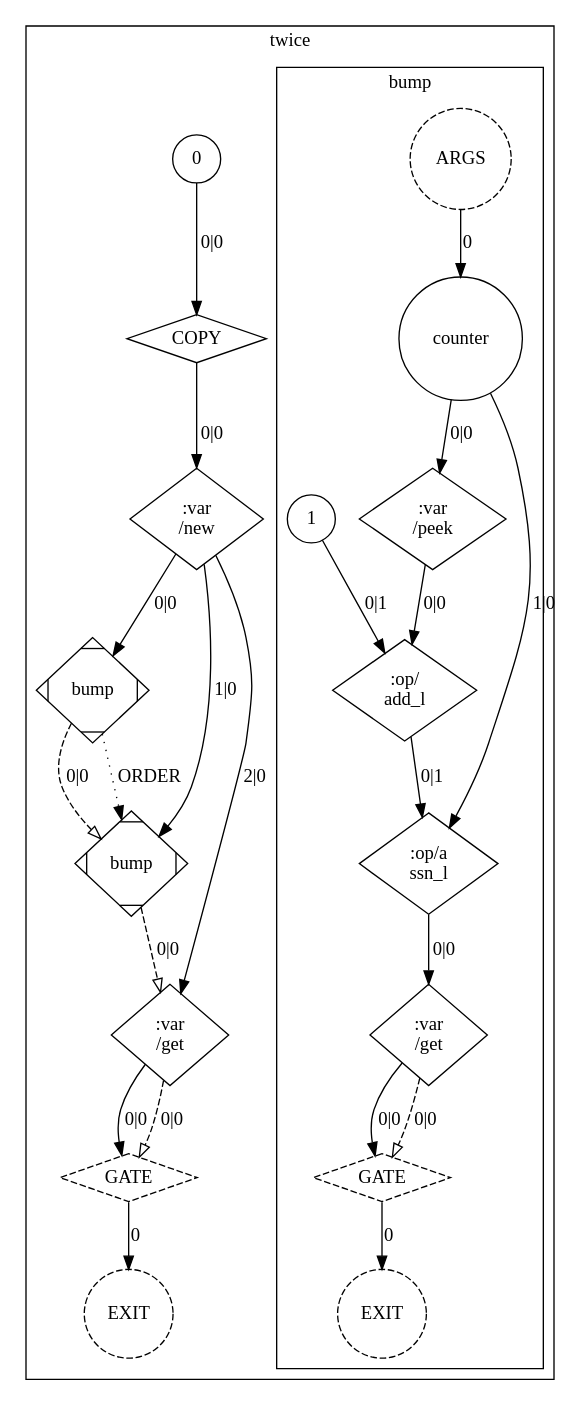
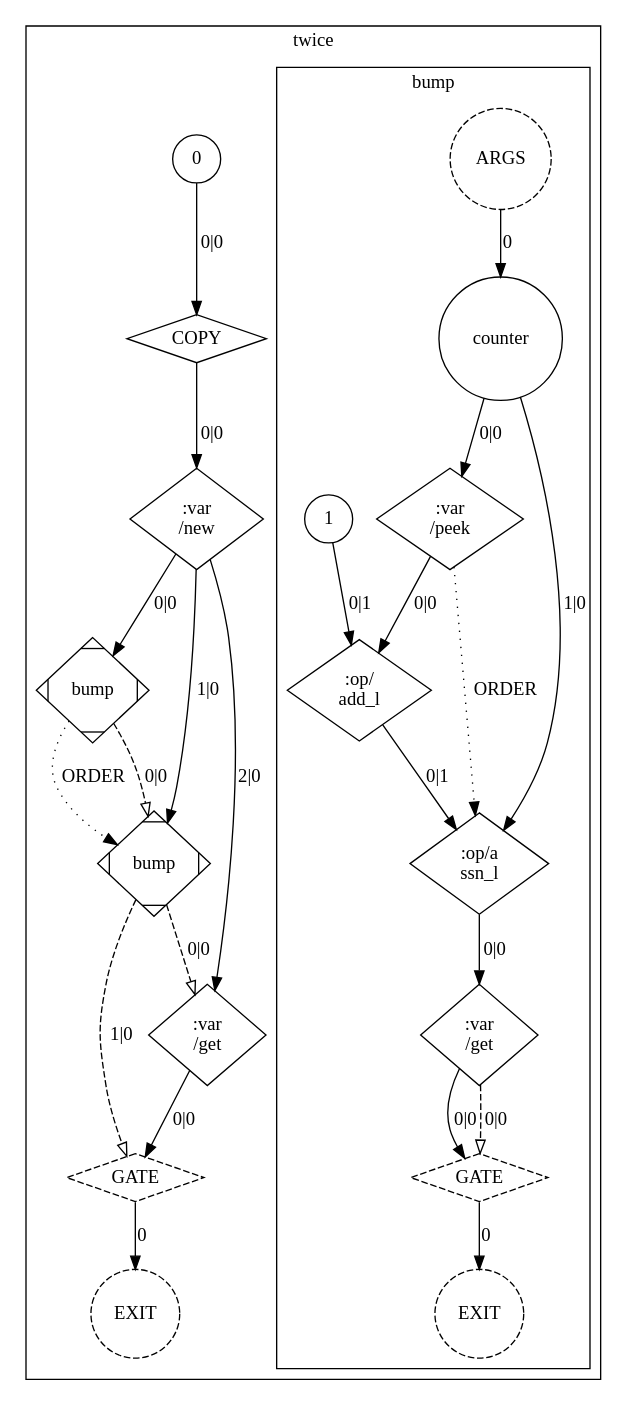
The diagram in docs/tutorial/images/10_var_order.dot (OpenCML/Camel), drawn with Graphviz before and after one commit. The commit also changed 2 other files, not shown here.

Commit message:
tools(lanes): the lane script syncs what git tracks, with its .git; redraw the var-order picture
scripts/lanes/lane is the versioned copy of /usr/local/bin/lane in the camel-lanes container.
sync_in now also copies the files git tracks that .gitignore matches (the .cmo fixtures) and
the host's .git, so the container tests that ask git, or read those fixtures, run on the real
tree instead of failing as 'the container'. 10_var_order is redrawn: the read now carries an
order edge to the next write.

Claude-Session: https://claude.ai/code/session_01HPQpHqPqSJbP9yRrJbDvye

```diff
--- a/docs/tutorial/images/10_var_order.dot
+++ b/docs/tutorial/images/10_var_order.dot
@@ -1,48 +1,49 @@
 digraph GraphIR {
         subgraph cluster_F02 {
             label="twice";
             tooltip="() => int pure";
             subgraph cluster_F03 {
                 label="bump";
                 tooltip="(var counter: int) => int uses counter";
                 F03 [label="ARGS", type="ARGS", style=dashed, shape=circle];
                 O03 [label="EXIT", type="EXIT", style=dashed, shape=circle];
                 N00 [label="counter", type="PORT", param_name="counter", param_kind="normal", param_index="0", value_type="var int", shape=circle, style=solid, tooltip="counter"];
                 N01 [label="1", type="DATA", shape=circle, style=solid, value_type="int", tooltip="1"];
                 N02 [label=":var\n/peek", type="OPER", shape=diamond, style=solid, value_type="int", tooltip=":var/peek"];
                 N03 [label=":op/\nadd_l", type="OPER", shape=diamond, style=solid, value_type="int", tooltip=":op/add_l"];
                 N04 [label=":op/a\nssn_l", type="OPER", shape=diamond, style=solid, value_type="var int", tooltip=":op/assn_l"];
                 N05 [label=":var\n/get", type="OPER", shape=diamond, style=solid, value_type="int", tooltip=":var/get"];
                 N06 [label="GATE", type="GATE", shape=diamond, style=dashed, value_type="int", tooltip="GATE"];
                 F03 -> N00 [label="0", type="NORM_PORT", style=solid];
                 N06 -> O03 [label="0", type="EXIT", style=solid];
                 N00 -> N02 [label="0|0", type="NORM"];
                 N02 -> N03 [label="0|0", type="NORM"];
                 N01 -> N03 [label="0|1", type="NORM"];
                 N00 -> N04 [label="1|0", type="NORM"];
                 N03 -> N04 [label="0|1", type="NORM"];
+                N02 -> N04 [label="ORDER", type="ORDER", style=dotted];
                 N04 -> N05 [label="0|0", type="NORM"];
                 N05 -> N06 [label="0|0", type="NORM"];
                 N05 -> N06 [label="0|0", type="CTRL", style=dashed, arrowhead=empty];
             }
             O02 [label="EXIT", type="EXIT", style=dashed, shape=circle];
             N07 [label="0", type="DATA", shape=circle, style=solid, value_type="int", tooltip="0"];
             N08 [label="COPY", type="COPY", shape=diamond, style=solid, value_type="int", tooltip="COPY"];
             N09 [label=":var\n/new", type="OPER", shape=diamond, style=solid, value_type="var int", tooltip=":var/new"];
             N0A [label="bump", type="FUNC", shape=Mdiamond, style=solid, width=1.1, height=1.1, value_type="int", tooltip="bump"];
             N0B [label="bump", type="FUNC", shape=Mdiamond, style=solid, width=1.1, height=1.1, value_type="int", tooltip="bump"];
             N0C [label=":var\n/get", type="OPER", shape=diamond, style=solid, value_type="int", tooltip=":var/get"];
             N0D [label="GATE", type="GATE", shape=diamond, style=dashed, value_type="int", tooltip="GATE"];
             N0D -> O02 [label="0", type="EXIT", style=solid];
             N07 -> N08 [label="0|0", type="NORM"];
             N08 -> N09 [label="0|0", type="NORM"];
             N09 -> N0A [label="0|0", type="NORM"];
             N09 -> N0B [label="1|0", type="NORM"];
             N0A -> N0B [label="0|0", type="CTRL", style=dashed, arrowhead=empty];
             N0A -> N0B [label="ORDER", type="ORDER", style=dotted];
             N09 -> N0C [label="2|0", type="NORM"];
             N0B -> N0C [label="0|0", type="CTRL", style=dashed, arrowhead=empty];
             N0C -> N0D [label="0|0", type="NORM"];
-            N0C -> N0D [label="0|0", type="CTRL", style=dashed, arrowhead=empty];
+            N0B -> N0D [label="1|0", type="CTRL", style=dashed, arrowhead=empty];
         }
 }
```
